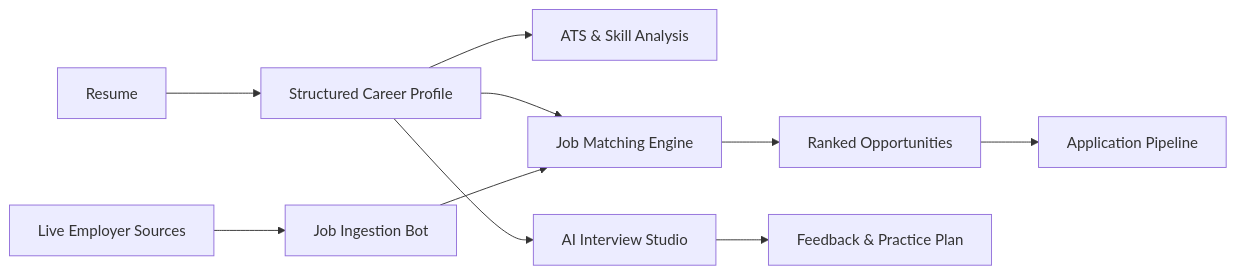
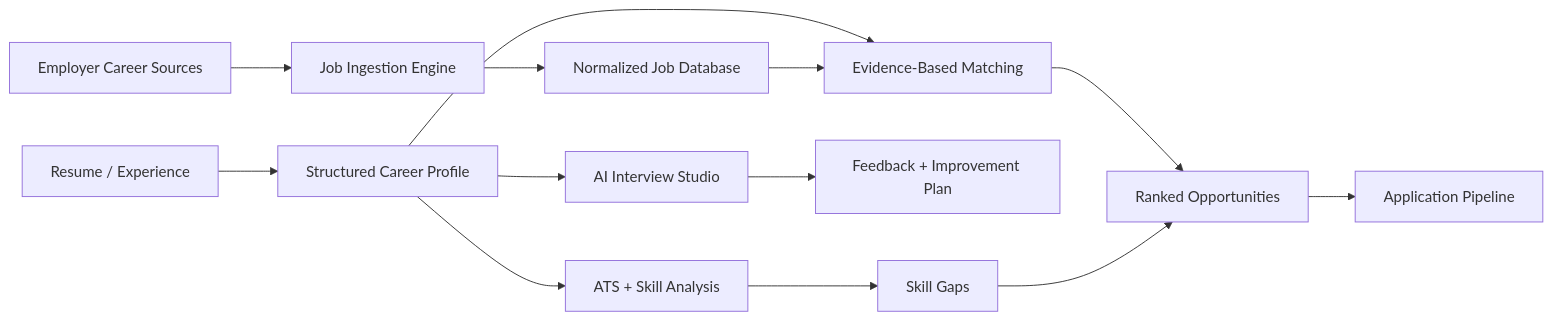
One commit to fcopensource/carrerfitnew changed the diagram in README.md. Above: the diagram before and after it, drawn with Mermaid. The commit also changed other lines of this file, not shown here.

Commit message:
Enhance README with product architecture and engineering overview

````diff
--- a/README.md
+++ b/README.md
@@ -26,12 +39,19 @@
 ```mermaid
 flowchart LR
-    A[Resume] --> B[Structured Career Profile]
-    B --> C[ATS & Skill Analysis]
-    B --> D[Job Matching Engine]
-    E[Live Employer Sources] --> F[Job Ingestion Bot]
-    F --> D
-    D --> G[Ranked Opportunities]
-    G --> H[Application Pipeline]
-    B --> I[AI Interview Studio]
-    I --> J[Feedback & Practice Plan]
+    A[Resume / Experience] --> B[Structured Career Profile]
+    B --> C[ATS + Skill Analysis]
+    B --> D[Evidence-Based Matching]
+
+    E[Employer Career Sources] --> F[Job Ingestion Engine]
+    F --> G[Normalized Job Database]
+    G --> D
+
+    D --> H[Ranked Opportunities]
+    H --> I[Application Pipeline]
+
+    B --> J[AI Interview Studio]
+    J --> K[Feedback + Improvement Plan]
+
+    C --> L[Skill Gaps]
+    L --> H
 ```
````
